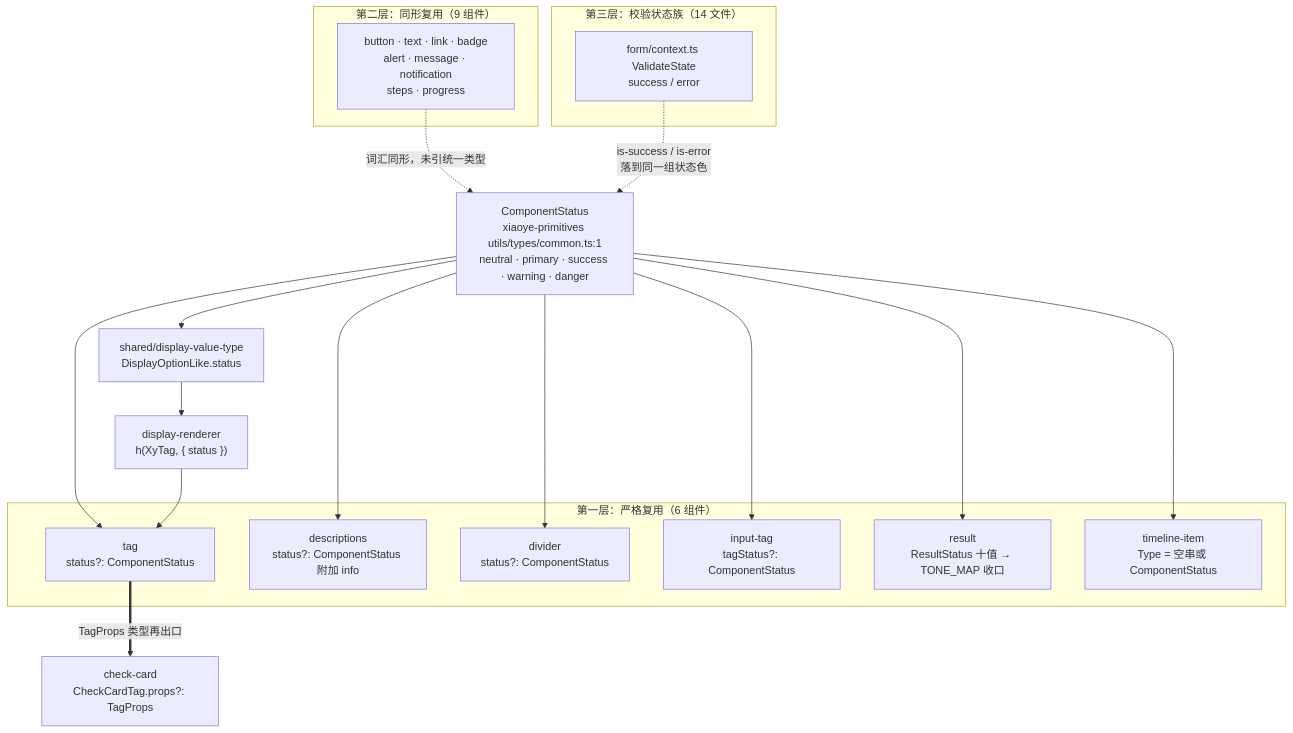
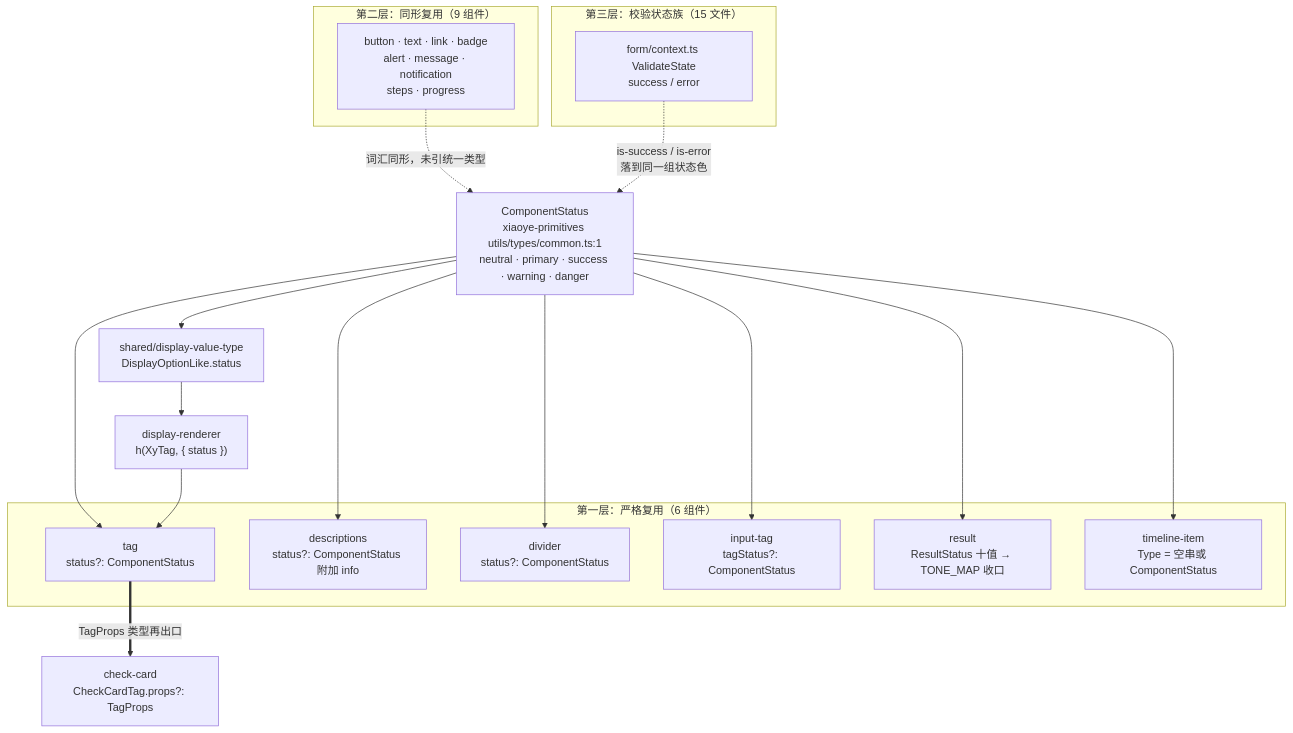
The second of 2 diagrams in column/5-21-Tag-通用状态类型的消费.md (zhangzhengyang27/xiaoye-components), drawn with Mermaid before and after one commit. The commit also changed other lines of this file and 19 other files, not shown here.

````diff
--- a/column/5-21-Tag-通用状态类型的消费.md
+++ b/column/5-21-Tag-通用状态类型的消费.md
@@ -231,34 +231,34 @@
 ```mermaid
 graph TD
     CS["ComponentStatus<br/>xiaoye-primitives utils/types/common.ts:1<br/>neutral · primary · success · warning · danger"]
 
     subgraph T1 ["第一层：严格复用（6 组件）"]
         TAG["tag<br/>status?: ComponentStatus"]
         DESCS["descriptions<br/>status?: ComponentStatus 附加 info"]
         DIV["divider<br/>status?: ComponentStatus"]
         ITAG["input-tag<br/>tagStatus?: ComponentStatus"]
         RESULT["result<br/>ResultStatus 十值 → TONE_MAP 收口"]
         TL["timeline-item<br/>Type = 空串或 ComponentStatus"]
     end
 
     subgraph T2 ["第二层：同形复用（9 组件）"]
         BT["button · text · link · badge<br/>alert · message · notification<br/>steps · progress"]
     end
 
-    subgraph T3 ["第三层：校验状态族（14 文件）"]
+    subgraph T3 ["第三层：校验状态族（15 文件）"]
         FORM["form/context.ts ValidateState<br/>success / error"]
     end
 
     CS --> TAG
     CS --> DESCS
     CS --> DIV
     CS --> ITAG
     CS --> RESULT
     CS --> TL
     BT -. "词汇同形，未引统一类型" .-> CS
     TAG ==>|"TagProps 类型再出口"| CC["check-card<br/>CheckCardTag.props?: TagProps"]
     CS --> SHARED["shared/display-value-type<br/>DisplayOptionLike.status"]
     SHARED --> RENDER["display-renderer<br/>h(XyTag, { status })"]
     RENDER --> TAG
     FORM -. "is-success / is-error<br/>落到同一组状态色" .-> CS
 ```
````
